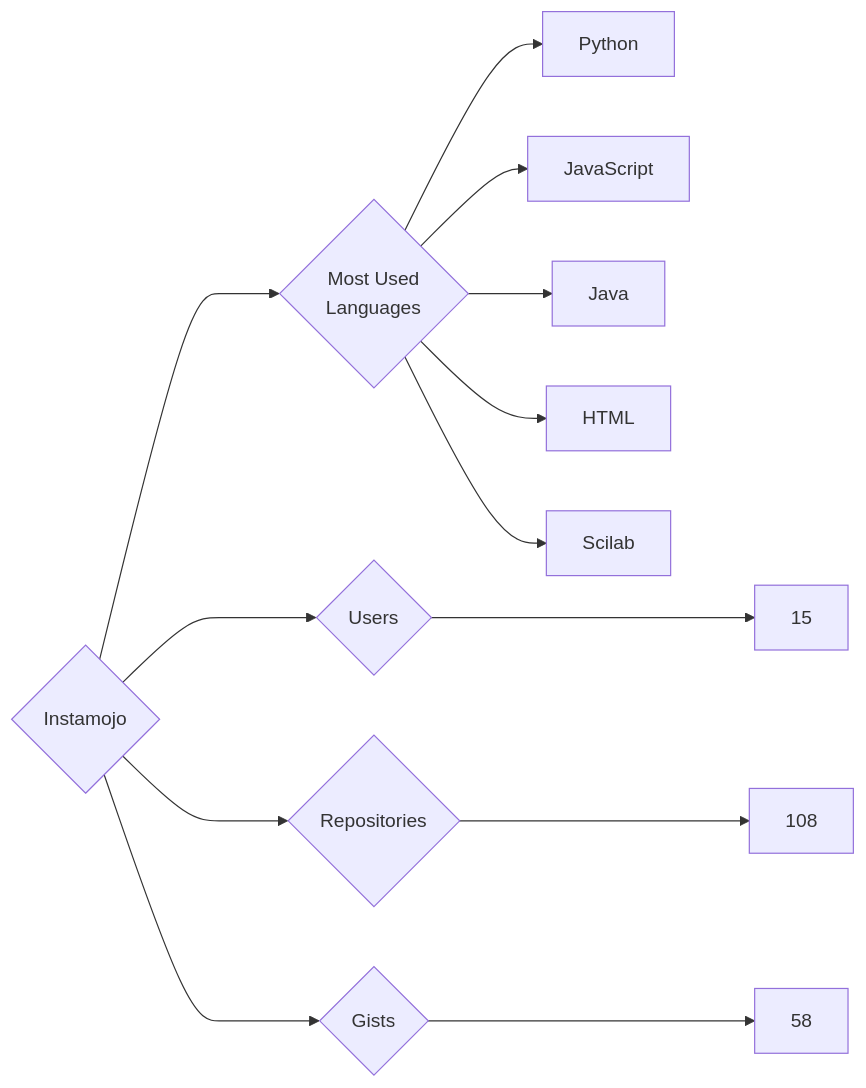
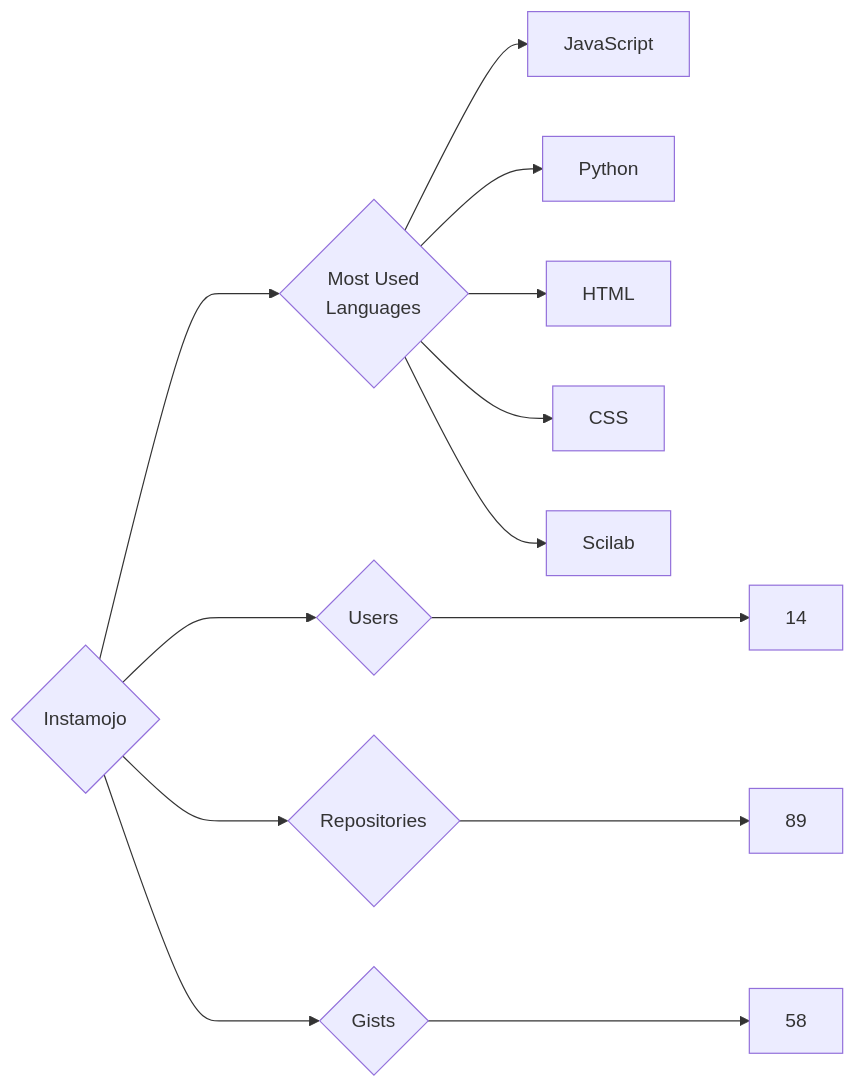
The diagram in targets/Instamojo/README.md (trickest/insiders), drawn with Mermaid before and after one commit. The commit also changed 699 other files, not shown here.

````diff
--- a/targets/Instamojo/README.md
+++ b/targets/Instamojo/README.md
@@ -3,13 +3,13 @@
 ```mermaid
 graph LR
 COMPANY_NAME{Instamojo}
-COMPANY_NAME ---> U{Users} ---> UN[15]
-COMPANY_NAME ---> R{Repositories} ---> RN[108]
+COMPANY_NAME ---> U{Users} ---> UN[14]
+COMPANY_NAME ---> R{Repositories} ---> RN[89]
 COMPANY_NAME ---> G{Gists} ---> GN[58]
 COMPANY_NAME ---> ML{Most Used<br>Languages}
+ML --> JavaScript[JavaScript]
 ML --> Python[Python]
-ML --> JavaScript[JavaScript]
-ML --> Java[Java]
 ML --> HTML[HTML]
+ML --> CSS[CSS]
 ML --> Scilab[Scilab]
 ```
````
